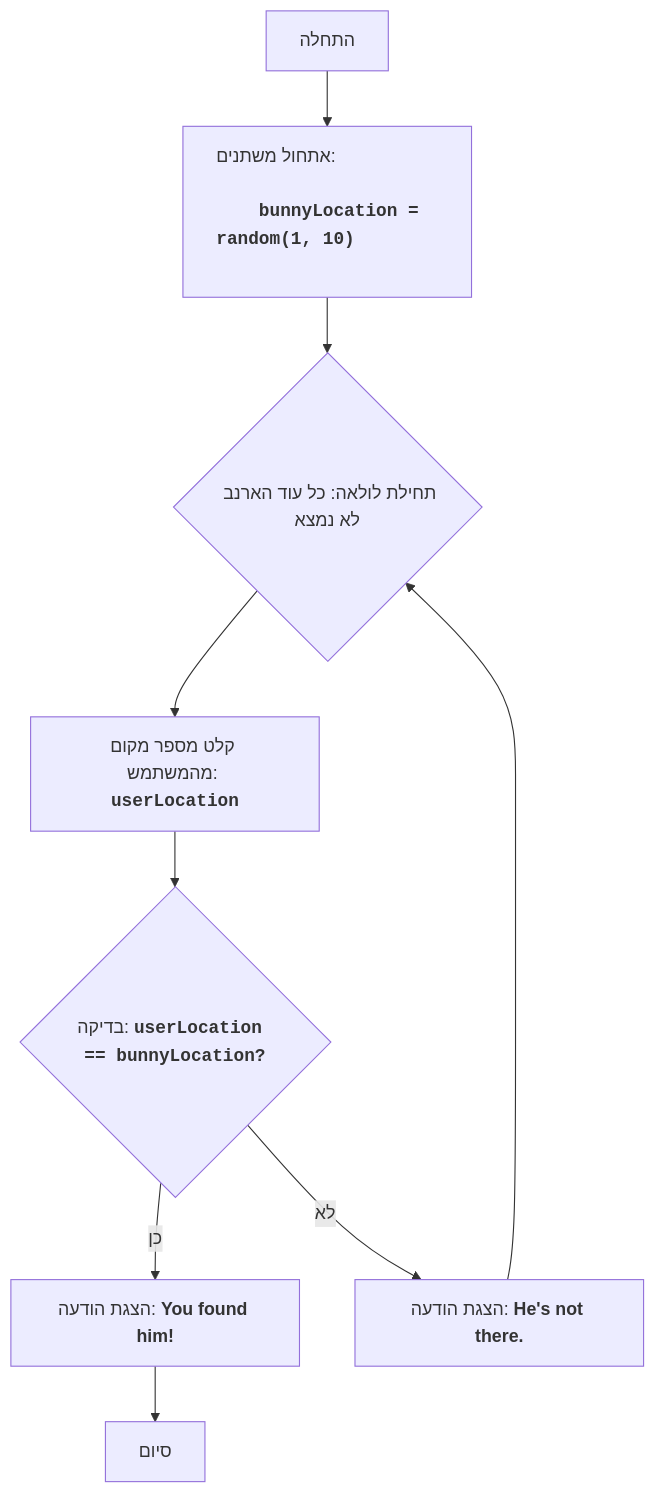
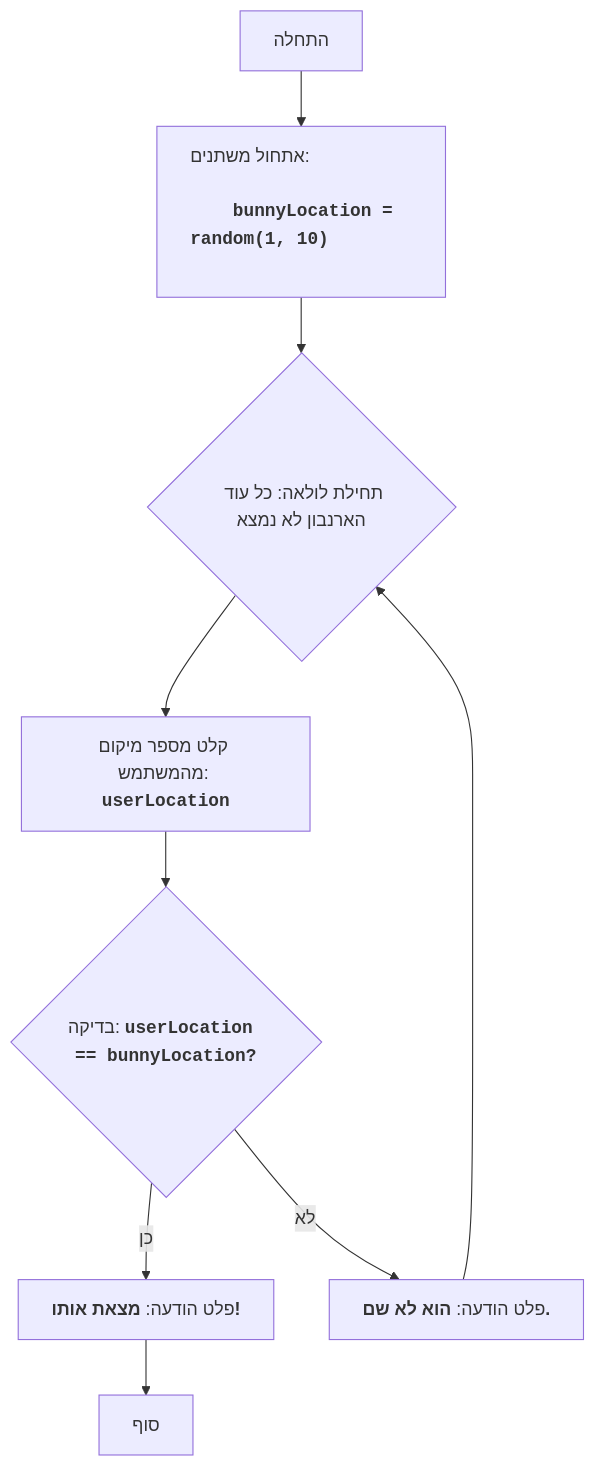
Before and after one commit to hypo69/1001-python-he: the diagram in code/UNSORTED/BUNNY/README.MD, drawn with Mermaid. The commit also changed other lines of this file and 869 other files, not shown here.

````diff
--- a/code/UNSORTED/BUNNY/README.MD
+++ b/code/UNSORTED/BUNNY/README.MD
@@ -24,15 +24,15 @@
 ```mermaid
 flowchart TD
     Start["התחלה"] --> InitializeVariables["<p align='left'>אתחול משתנים:
     <code><b>
     bunnyLocation = random(1, 10)
     </b></code></p>"]
-    InitializeVariables --> LoopStart{"תחילת לולאה: כל עוד הארנב לא נמצא"}
-    LoopStart --> InputLocation["קלט מספר מקום מהמשתמש: <code><b>userLocation</b></code>"]
+    InitializeVariables --> LoopStart{"תחילת לולאה: כל עוד הארנבון לא נמצא"}
+    LoopStart --> InputLocation["קלט מספר מיקום מהמשתמש: <code><b>userLocation</b></code>"]
     InputLocation --> CheckLocation{"בדיקה: <code><b>userLocation == bunnyLocation?</b></code>"}
-    CheckLocation -- כן --> OutputWin["הצגת הודעה: <b>You found him!</b>"]
-    OutputWin --> End["סיום"]
-    CheckLocation -- לא --> OutputLose["הצגת הודעה: <b>He's not there.</b>"]
+    CheckLocation -- כן --> OutputWin["פלט הודעה: <b>מצאת אותו!</b>"]
+    OutputWin --> End["סוף"]
+    CheckLocation -- לא --> OutputLose["פלט הודעה: <b>הוא לא שם.</b>"]
     OutputLose --> LoopStart
     
 ```
````
